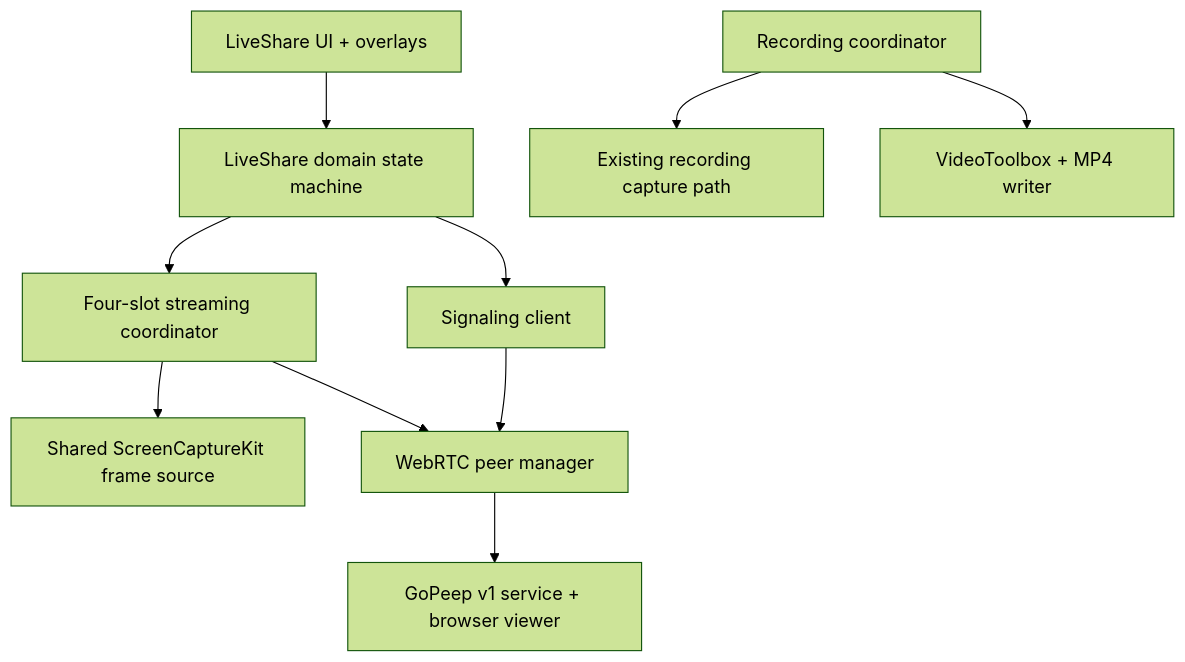
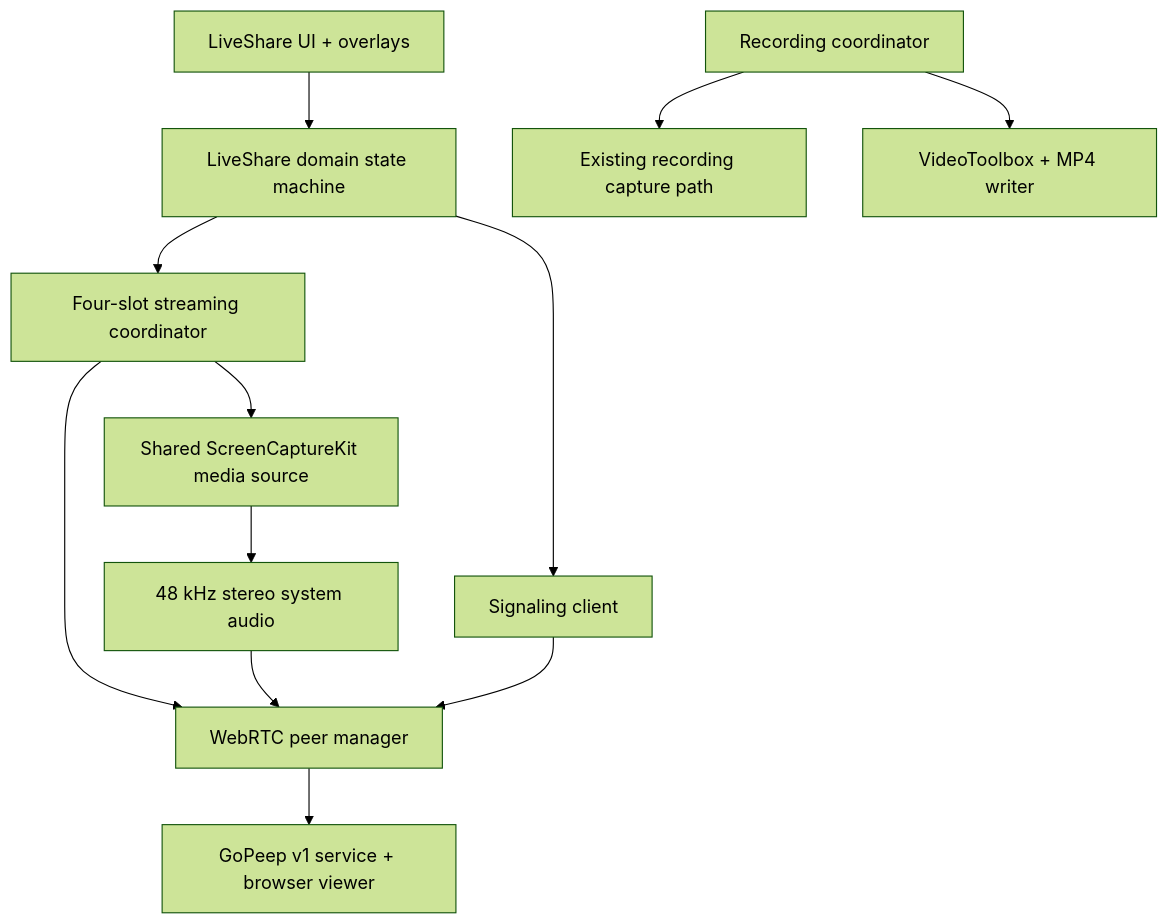
One commit to tomas-lejdung/Clip changed the second of 2 diagrams in docs/live-share-architecture.md. Above: the diagram before and after it, drawn with Mermaid (forest theme). The commit also changed other lines of this file and 31 other files, not shown here.

Commit message:
Add Live Share system audio transport

````diff
--- a/docs/live-share-architecture.md
+++ b/docs/live-share-architecture.md
@@ -421,12 +466,14 @@
 ```mermaid
 flowchart TD
     UI["LiveShare UI + overlays"] --> D["LiveShare domain state machine"]
     D --> SIG["Signaling client"]
     D --> STR["Four-slot streaming coordinator"]
-    STR --> CAP["Shared ScreenCaptureKit frame source"]
+    STR --> CAP["Shared ScreenCaptureKit media source"]
     STR --> RTC["WebRTC peer manager"]
+    CAP --> AUD["48 kHz stereo system audio"]
+    AUD --> RTC
     SIG --> RTC
     RTC --> NET["GoPeep v1 service + browser viewer"]
     REC["Recording coordinator"] --> RCAP["Existing recording capture path"]
     REC --> MEDIA["VideoToolbox + MP4 writer"]
 ```
````
